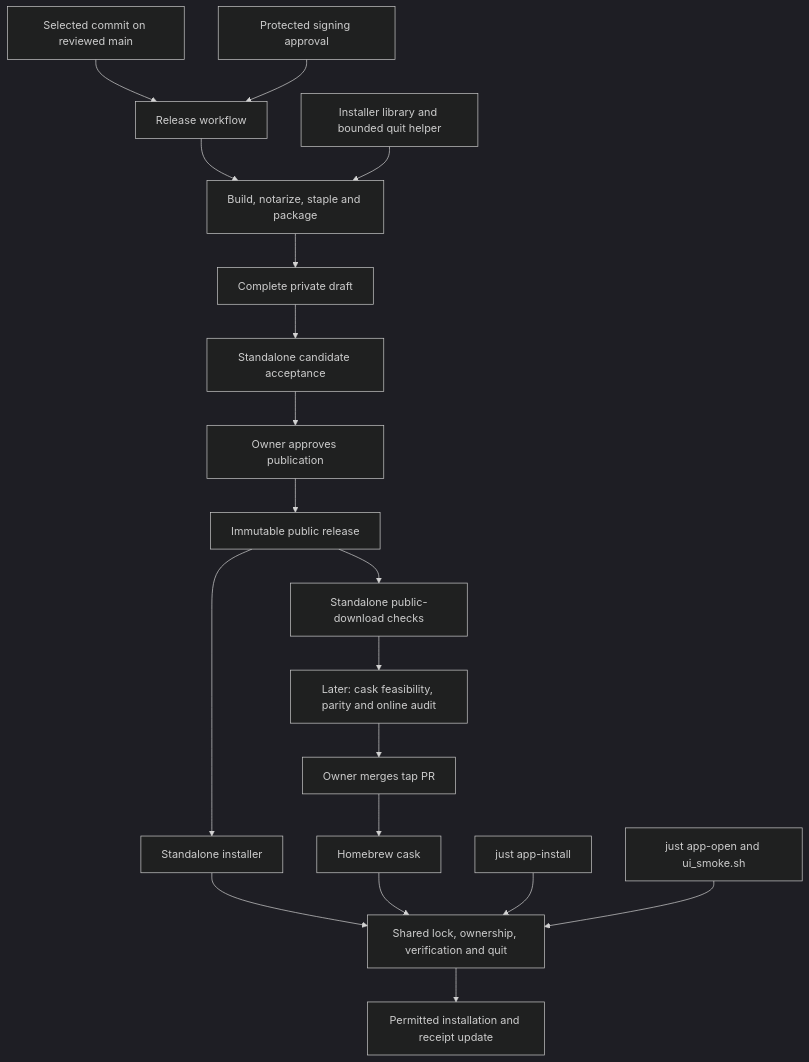
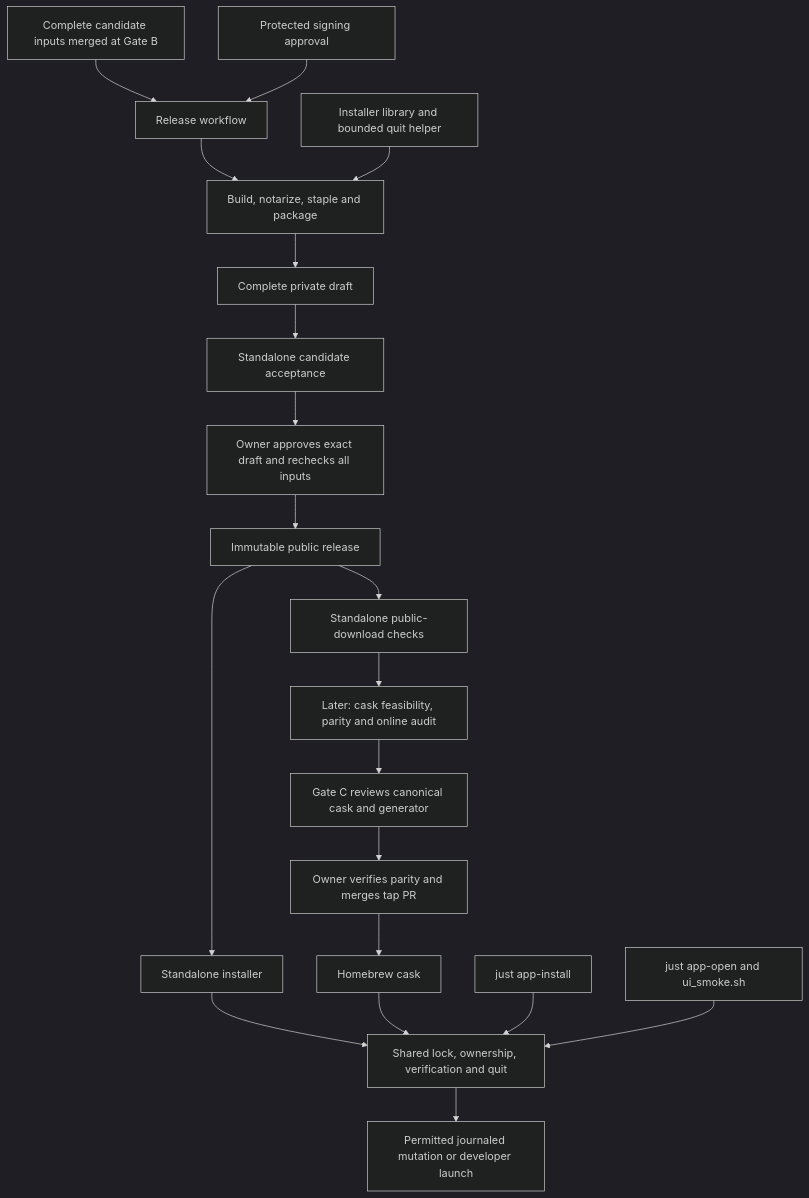
One commit to pipecat-ai/pipecat-service-toolbar changed the first of 2 diagrams in docs/plans/20261117-feature-app-distribution.md. Above: the diagram before and after it, drawn with Mermaid (dark theme). The commit also changed other lines of this file, not shown here.

````diff
--- a/docs/plans/20261117-feature-app-distribution.md
+++ b/docs/plans/20261117-feature-app-distribution.md
@@ -466,21 +398,22 @@
 ```mermaid
 graph TD
-    Commit["Selected commit on reviewed main"] --> Workflow["Release workflow"]
+    Commit["Complete candidate inputs merged at Gate B"] --> Workflow["Release workflow"]
     Approval["Protected signing approval"] --> Workflow
     Workflow --> Package["Build, notarize, staple and package"]
     Helpers["Installer library and bounded quit helper"] --> Package
     Package --> Draft["Complete private draft"]
     Draft --> Candidate["Standalone candidate acceptance"]
-    Candidate --> Owner["Owner approves publication"]
+    Candidate --> Owner["Owner approves exact draft and rechecks all inputs"]
     Owner --> Release["Immutable public release"]
     Release --> CLI["Standalone installer"]
     Release --> Public["Standalone public-download checks"]
     Public --> BrewCheck["Later: cask feasibility, parity and online audit"]
-    BrewCheck --> Tap["Owner merges tap PR"]
+    BrewCheck --> GateC["Gate C reviews canonical cask and generator"]
+    GateC --> Tap["Owner verifies parity and merges tap PR"]
     Tap --> Cask["Homebrew cask"]
     CLI --> Guard["Shared lock, ownership, verification and quit"]
     Cask --> Guard
     Dev["just app-install"] --> Guard
     Open["just app-open and ui_smoke.sh"] --> Guard
-    Guard --> Install["Permitted installation and receipt update"]
+    Guard --> Install["Permitted journaled mutation or developer launch"]
 ```
````
